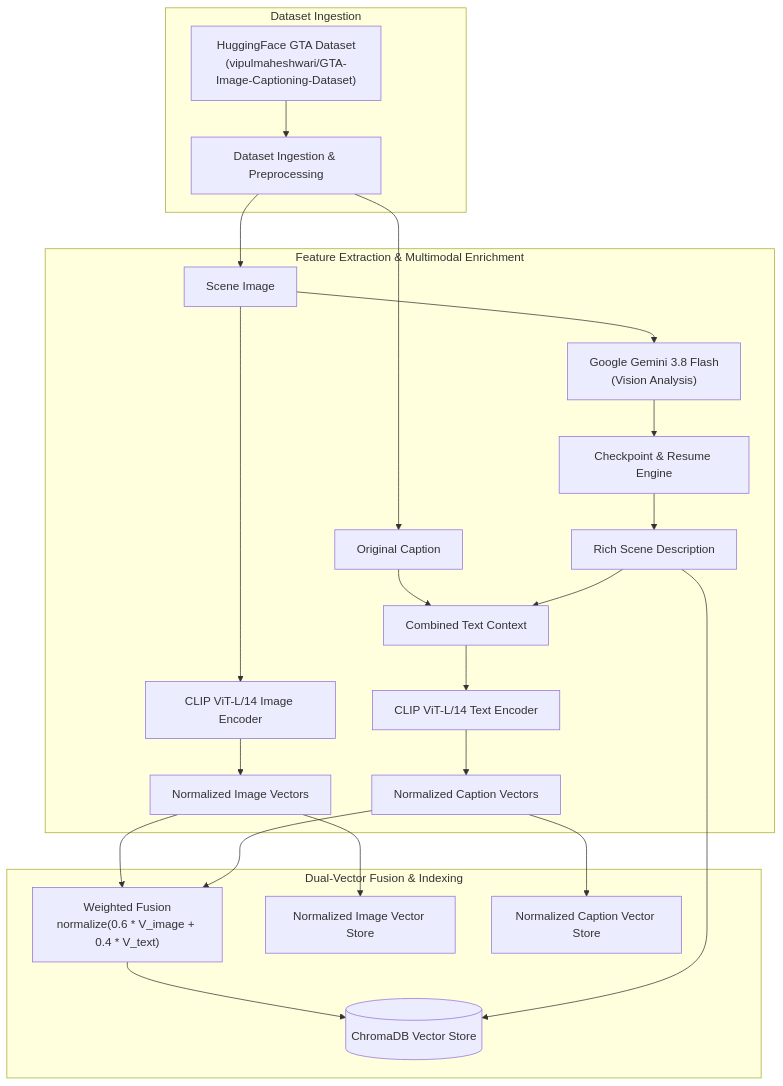
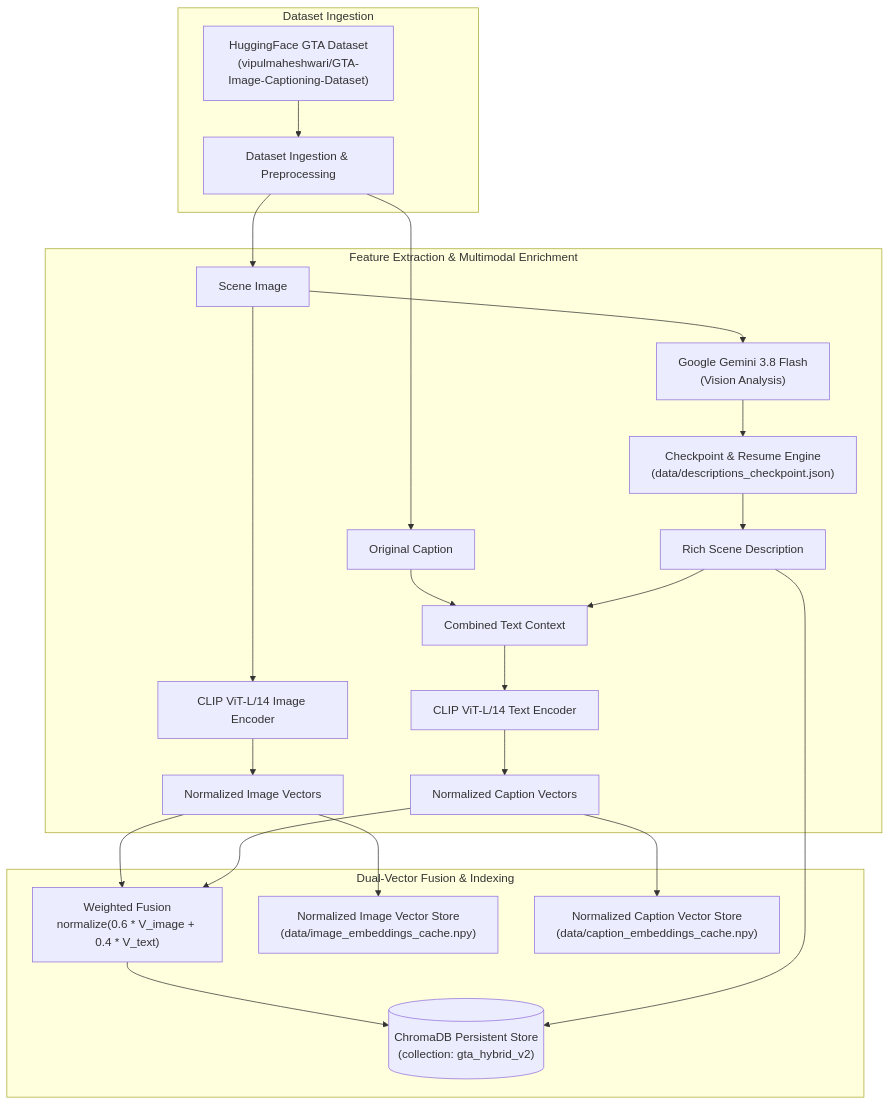
Before and after one commit to henryhyunwookim/GrandTheftAuto-multimodal-RAG-application: the first of 2 diagrams in README.md, drawn with Mermaid. The commit also changed other lines of this file and 5 other files, not shown here.

First line of the commit message:
refactor: centralize RAG engine, update architecture documentation, and enhance git hygiene

````diff
--- a/README.md
+++ b/README.md
@@ -15,32 +22,34 @@
 ```mermaid
 flowchart TD
     subgraph INGEST["Dataset Ingestion"]
         HF["HuggingFace GTA Dataset<br/>(vipulmaheshwari/GTA-Image-Captioning-Dataset)"]
         DATASET["Dataset Ingestion & Preprocessing"]
         HF --> DATASET
     end
 
     subgraph MULTIMODAL["Feature Extraction & Multimodal Enrichment"]
         DATASET --> IMG["Scene Image"]
         DATASET --> CAP["Original Caption"]
 
         IMG --> CLIP_IMG["CLIP ViT-L/14 Image Encoder"]
         CLIP_IMG --> V_IMG["Normalized Image Vectors"]
 
         IMG --> GEMINI["Google Gemini 3.8 Flash<br/>(Vision Analysis)"]
-        GEMINI --> CHK["Checkpoint & Resume Engine"]
+        GEMINI --> CHK["Checkpoint & Resume Engine<br/>(data/descriptions_checkpoint.json)"]
         CHK --> DESC["Rich Scene Description"]
 
-        CAP & DESC --> COMB_TEXT["Combined Text Context"]
+        CAP --> COMB_TEXT["Combined Text Context"]
+        DESC --> COMB_TEXT
         COMB_TEXT --> CLIP_TXT["CLIP ViT-L/14 Text Encoder"]
         CLIP_TXT --> V_TXT["Normalized Caption Vectors"]
     end
 
     subgraph FUSION["Dual-Vector Fusion & Indexing"]
-        V_IMG & V_TXT --> FUSED["Weighted Fusion<br/>normalize(0.6 * V_image + 0.4 * V_text)"]
-        V_IMG --> CACHE_IMG["Normalized Image Vector Store"]
-        V_TXT --> CACHE_CAP["Normalized Caption Vector Store"]
-        FUSED --> CHROMA[("ChromaDB Vector Store")]
+        V_IMG --> FUSED["Weighted Fusion<br/>normalize(0.6 * V_image + 0.4 * V_text)"]
+        V_TXT --> FUSED
+        V_IMG --> CACHE_IMG["Normalized Image Vector Store<br/>(data/image_embeddings_cache.npy)"]
+        V_TXT --> CACHE_CAP["Normalized Caption Vector Store<br/>(data/caption_embeddings_cache.npy)"]
+        FUSED --> CHROMA[("ChromaDB Persistent Store<br/>(collection: gta_hybrid_v2)")]
         DESC --> CHROMA
     end
 ```
````
